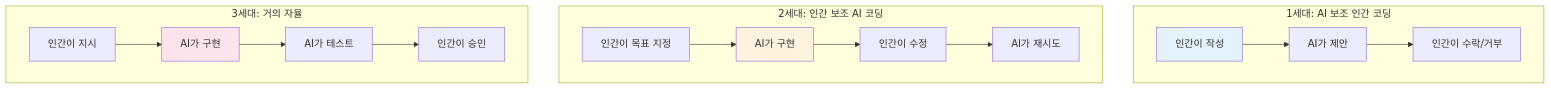
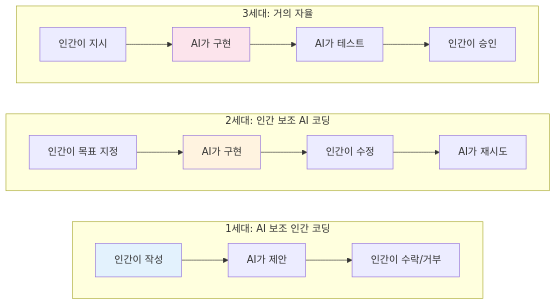
One commit to gyuha/blog changed the second of 9 diagrams in content/post/2026/2026-03-04-ai-coding-hidden-costs.md. Above: the diagram before and after it, drawn with Mermaid. The commit also changed other lines of this file and 1 other file, not shown here.

````diff
--- a/content/post/2026/2026-03-04-ai-coding-hidden-costs.md
+++ b/content/post/2026/2026-03-04-ai-coding-hidden-costs.md
@@ -69,23 +69,26 @@
 ```mermaid
-flowchart TD
+flowchart LR
     subgraph "1세대: AI 보조 인간 코딩"
+        direction LR
         A1[인간이 작성] --> A2[AI가 제안]
         A2 --> A3[인간이 수락/거부]
     end
 
     subgraph "2세대: 인간 보조 AI 코딩"
+        direction LR
         B1[인간이 목표 지정] --> B2[AI가 구현]
         B2 --> B3[인간이 수정]
         B3 --> B4[AI가 재시도]
     end
 
     subgraph "3세대: 거의 자율"
+        direction LR
         C1[인간이 지시] --> C2[AI가 구현]
         C2 --> C3[AI가 테스트]
         C3 --> C4[인간이 승인]
     end
 
     style A1 fill:#e3f2fd
     style B2 fill:#fff3e0
     style C2 fill:#fce4ec
 ```
````
